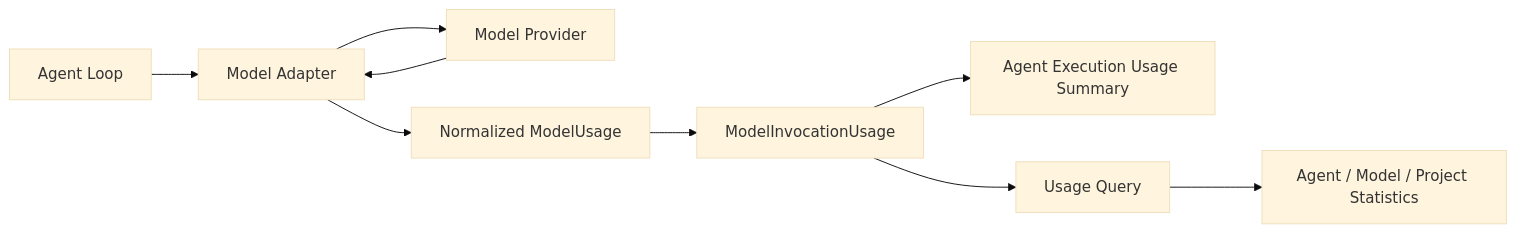
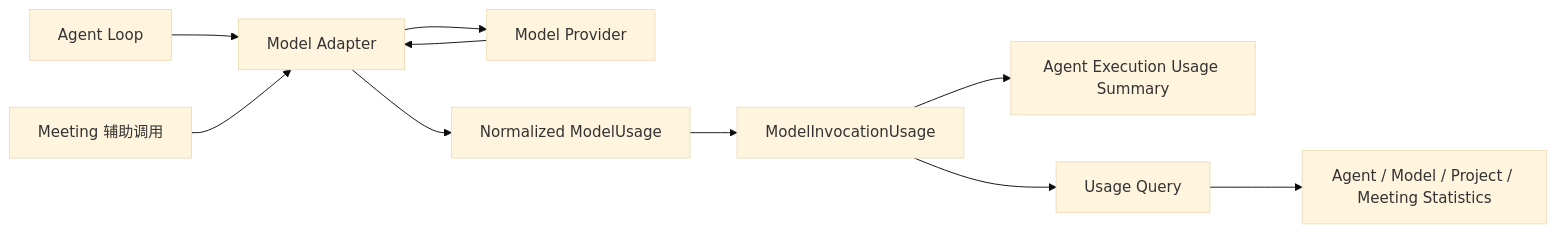
One commit to LunaDeerTech/agenteam changed the first of 5 diagrams in docs/architecture/platform-infrastructure/model-token-usage.md. Above: the diagram before and after it, drawn with Mermaid (base theme). The commit also changed other lines of this file and 86 other files, not shown here.

```diff
--- a/docs/architecture/platform-infrastructure/model-token-usage.md
+++ b/docs/architecture/platform-infrastructure/model-token-usage.md
@@ -55,20 +56,22 @@
 ~~~mermaid
 flowchart LR
     Loop["Agent Loop"]
+    Meeting["Meeting 辅助调用"]
     Adapter["Model Adapter"]
     Provider["Model Provider"]
     Usage["Normalized ModelUsage"]
     Record["ModelInvocationUsage"]
     Execution["Agent Execution Usage Summary"]
     Query["Usage Query"]
-    Dashboard["Agent / Model / Project Statistics"]
+    Dashboard["Agent / Model / Project / Meeting Statistics"]
 
     Loop --> Adapter
+    Meeting --> Adapter
     Adapter --> Provider
     Provider --> Adapter
     Adapter --> Usage
     Usage --> Record
     Record --> Execution
     Record --> Query
     Query --> Dashboard
 ~~~
```
